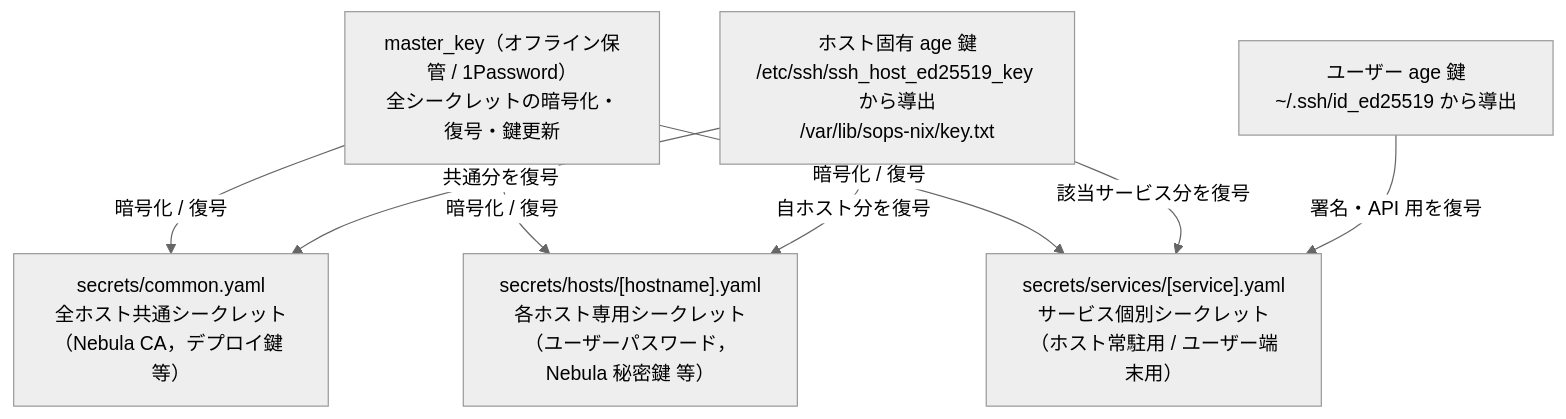
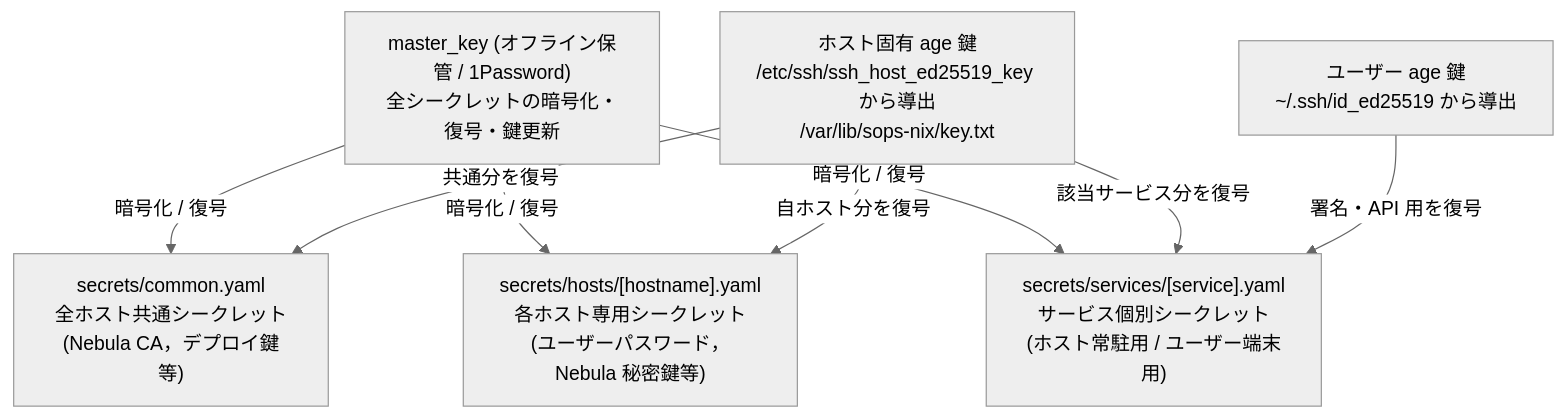
The diagram in docs/operations/secret-management.md (t3u-tsu/nix-config), drawn with Mermaid (neutral theme) before and after one commit. The commit also changed other lines of this file and 76 other files, not shown here.

````diff
--- a/docs/operations/secret-management.md
+++ b/docs/operations/secret-management.md
@@ -9,19 +9,19 @@
 ```mermaid
 graph TD
-    Master["master_key（オフライン保管 / 1Password）<br>全シークレットの暗号化・復号・鍵更新"]
+    Master["master_key (オフライン保管 / 1Password)<br>全シークレットの暗号化・復号・鍵更新"]
     HostKey["ホスト固有 age 鍵<br>/etc/ssh/ssh_host_ed25519_key から導出<br>/var/lib/sops-nix/key.txt"]
     UserKey["ユーザー age 鍵<br>~/.ssh/id_ed25519 から導出"]
 
-    CommonSecret["secrets/common.yaml<br>全ホスト共通シークレット<br>（Nebula CA，デプロイ鍵 等）"]
-    HostSecret["secrets/hosts/[hostname].yaml<br>各ホスト専用シークレット<br>（ユーザーパスワード，Nebula 秘密鍵 等）"]
-    ServiceSecret["secrets/services/[service].yaml<br>サービス個別シークレット<br>（ホスト常駐用 / ユーザー端末用）"]
+    CommonSecret["secrets/common.yaml<br>全ホスト共通シークレット<br>(Nebula CA，デプロイ鍵等)"]
+    HostSecret["secrets/hosts/[hostname].yaml<br>各ホスト専用シークレット<br>(ユーザーパスワード，Nebula 秘密鍵等)"]
+    ServiceSecret["secrets/services/[service].yaml<br>サービス個別シークレット<br>(ホスト常駐用 / ユーザー端末用)"]
 
     Master -->|暗号化 / 復号| CommonSecret
     Master -->|暗号化 / 復号| HostSecret
     Master -->|暗号化 / 復号| ServiceSecret
 
     HostKey -->|共通分を復号| CommonSecret
     HostKey -->|自ホスト分を復号| HostSecret
     HostKey -->|該当サービス分を復号| ServiceSecret
     UserKey -->|署名・API 用を復号| ServiceSecret
 ```
````
